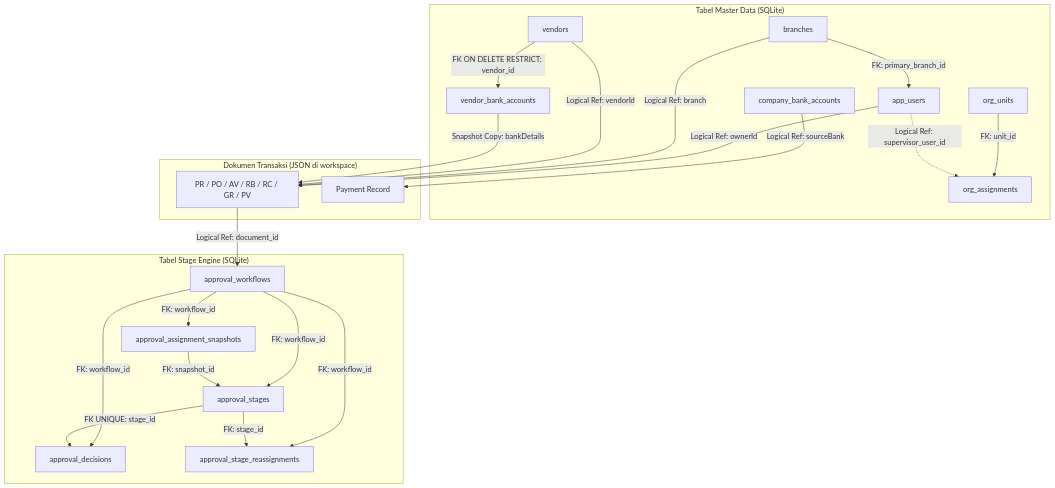
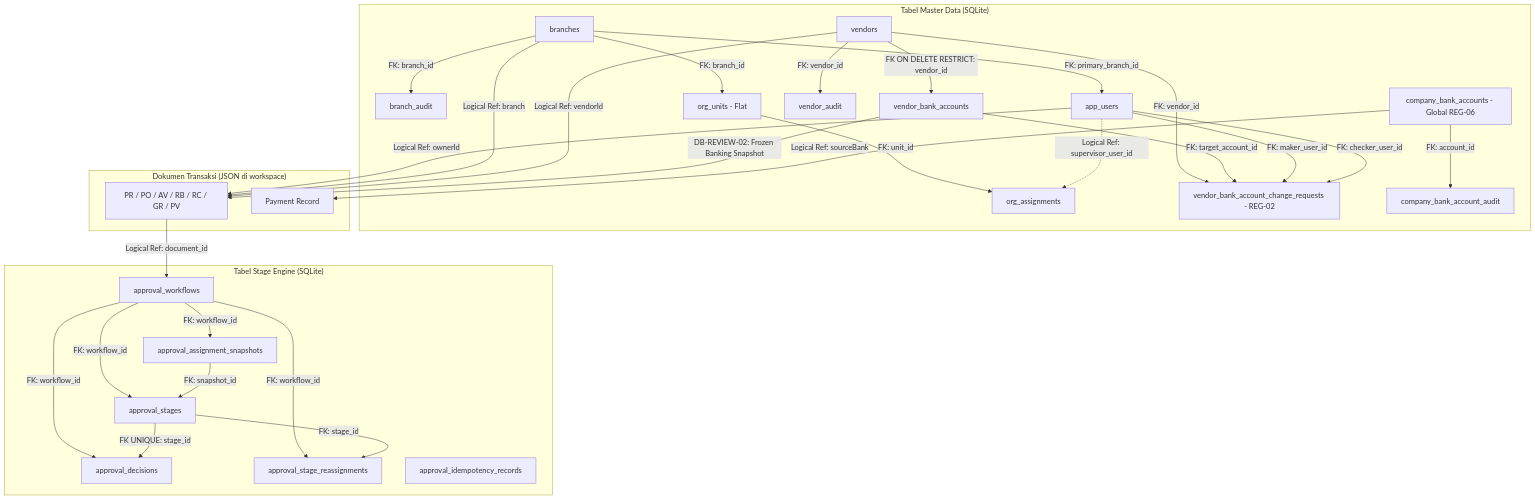
One commit to beerrros04/blc-procurement changed the diagram in docs/database/relational-integrity-review.md. Above: the diagram before and after it, drawn with Mermaid. The commit also changed other lines of this file and 16 other files, not shown here.

Commit message:
docs(database): finalize database architecture v1 addendum with PO decisions

````diff
--- a/docs/database/relational-integrity-review.md
+++ b/docs/database/relational-integrity-review.md
@@ -38,47 +51,61 @@
 ```mermaid
 graph TD
     subgraph Master_Data_Tables["Tabel Master Data (SQLite)"]
         B[branches]
+        BA[branch_audit]
         U[app_users]
-        OU[org_units]
+        OU[org_units - Flat]
         OA[org_assignments]
         V[vendors]
         VBA[vendor_bank_accounts]
-        CBA[company_bank_accounts]
+        VBACR[vendor_bank_account_change_requests - REG-02]
+        VA[vendor_audit]
+        CBA[company_bank_accounts - Global REG-06]
+        CBAA[company_bank_account_audit]
     end
 
     subgraph Approval_Engine_Tables["Tabel Stage Engine (SQLite)"]
         AW[approval_workflows]
         AAS[approval_assignment_snapshots]
         AS[approval_stages]
         AD[approval_decisions]
         ASR[approval_stage_reassignments]
+        AIR[approval_idempotency_records]
     end
 
     subgraph Document_Repo["Dokumen Transaksi (JSON di workspace)"]
         DOCS[PR / PO / AV / RB / RC / GR / PV]
         PAYREC[Payment Record]
     end
 
-    %% Relasi FK Fisik
+    %% Relasi FK Fisik Master
     B -->|FK: primary_branch_id| U
+    B -->|FK: branch_id| OU
+    B -->|FK: branch_id| BA
     OU -->|FK: unit_id| OA
     U -.->|Logical Ref: supervisor_user_id| OA
     V -->|FK ON DELETE RESTRICT: vendor_id| VBA
+    V -->|FK: vendor_id| VBACR
+    VBA -->|FK: target_account_id| VBACR
+    U -->|FK: maker_user_id| VBACR
+    U -->|FK: checker_user_id| VBACR
+    V -->|FK: vendor_id| VA
+    CBA -->|FK: account_id| CBAA
     
+    %% Relasi Stage Engine
     AW -->|FK: workflow_id| AAS
     AW -->|FK: workflow_id| AS
     AW -->|FK: workflow_id| AD
     AW -->|FK: workflow_id| ASR
     AS -->|FK UNIQUE: stage_id| AD
     AS -->|FK: stage_id| ASR
     AAS -->|FK: snapshot_id| AS
 
-    %% Relasi Lintas Lapisan
+    %% Relasi Transaksi & Snapshot
     U -->|Logical Ref: ownerId| DOCS
     B -->|Logical Ref: branch| DOCS
     V -->|Logical Ref: vendorId| DOCS
-    VBA -->|Snapshot Copy: bankDetails| DOCS
+    VBA -->|DB-REVIEW-02: Frozen Banking Snapshot| DOCS
     CBA -->|Logical Ref: sourceBank| PAYREC
     DOCS -->|Logical Ref: document_id| AW
 ```
````
